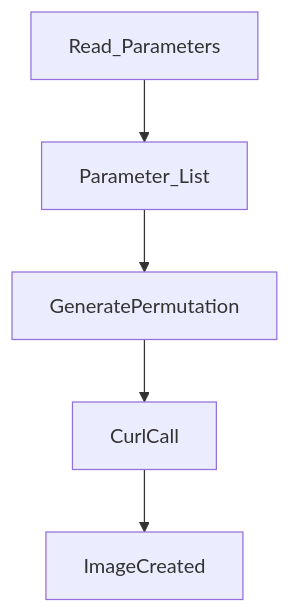
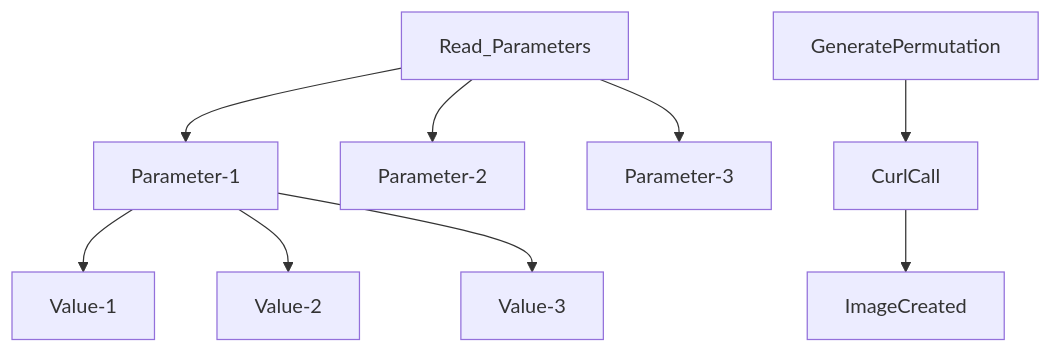
The diagram in README.md (daedon/Fooocus-API-XYZ), drawn with Mermaid before and after one commit.

````diff
--- a/README.md
+++ b/README.md
@@ -144,7 +144,11 @@
 ```mermaid
 graph TD;
-    Read_Parameters-->Parameter_List;
-    Parameter_List-->GeneratePermutation;
+    Read_Parameters-->Parameter-1;
+    Read_Parameters-->Parameter-2;
+    Read_Parameters-->Parameter-3;
+    Parameter-1-->Value-1;
+    Parameter-1-->Value-2;
+    Parameter-1-->Value-3;
     GeneratePermutation-->CurlCall;
     CurlCall-->ImageCreated;
 ```
````
